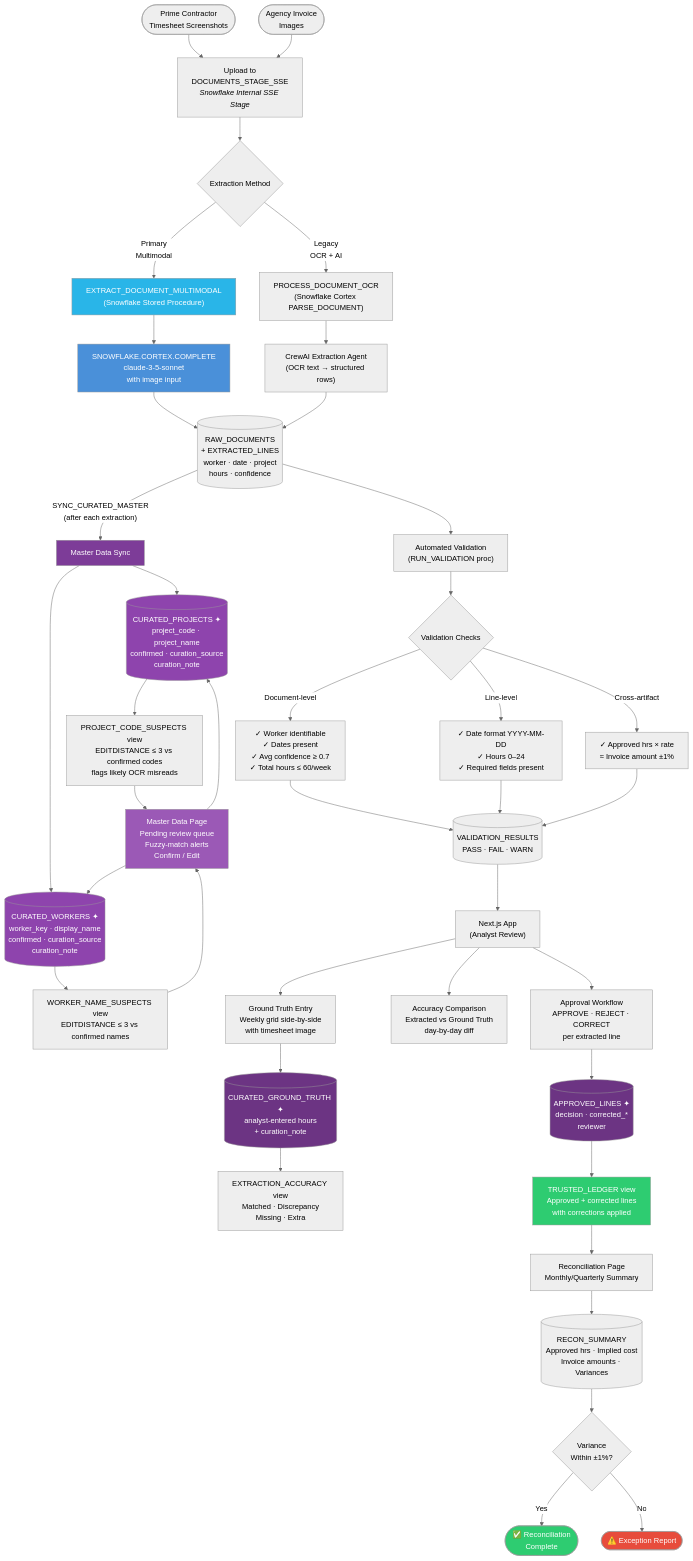
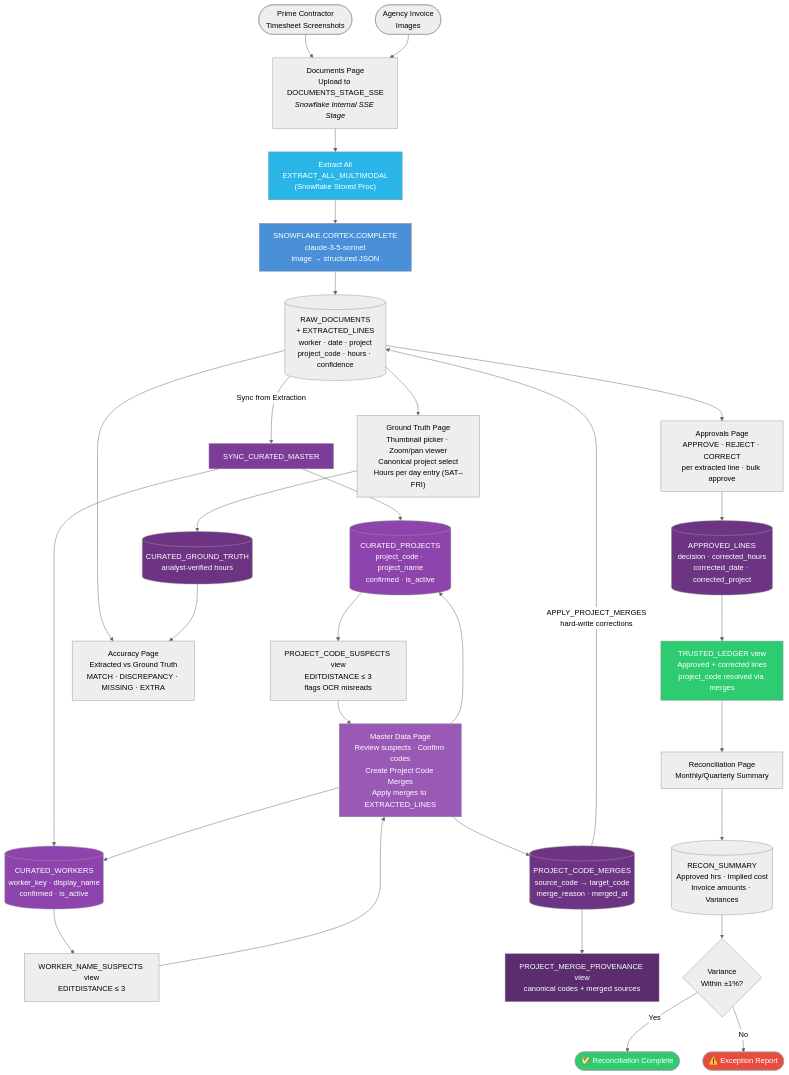
Before and after one commit to jymiller/llama-hack: the diagram in README.md, drawn with Mermaid (neutral theme). The commit also changed other lines of this file, not shown here.

Commit message:
Update README: reflect Next.js frontend and current data flow
- Mermaid diagram: remove separate Extraction node and legacy OCR/CrewAI
  path; add Project Code Merges workflow (suspects → merges → apply),
  PROJECT_MERGE_PROVENANCE view, and updated Ground Truth description
- Tech stack: Streamlit → Next.js 16 + TanStack Query; mark legacy paths
- Analyst Review table: updated all 6 pages to current functionality
  (Documents=upload+extract combined, GT=thumbnail+zoom+canonical select,
  Master Data=4 tabs including Merges+Provenance)
- Project Structure: add frontend/ tree, mark Python files as legacy
- Run commands: Next.js first, Streamlit moved to legacy note

````diff
--- a/README.md
+++ b/README.md
@@ -21,72 +21,66 @@
 ```mermaid
 flowchart TD
     A([Prime Contractor<br>Timesheet Screenshots]) --> C
     B([Agency Invoice<br>Images]) --> C
 
-    C[Upload to<br>DOCUMENTS_STAGE_SSE<br><i>Snowflake Internal SSE Stage</i>]
+    C["Documents Page<br>Upload to DOCUMENTS_STAGE_SSE<br><i>Snowflake Internal SSE Stage</i>"]
 
-    C --> D{Extraction Method}
+    C --> E["Extract All<br>EXTRACT_ALL_MULTIMODAL<br>(Snowflake Stored Proc)"]
 
-    D -->|Primary<br>Multimodal| E["EXTRACT_DOCUMENT_MULTIMODAL<br>(Snowflake Stored Procedure)"]
-    D -->|Legacy<br>OCR + AI| F["PROCESS_DOCUMENT_OCR<br>(Snowflake Cortex PARSE_DOCUMENT)"]
+    E --> G["SNOWFLAKE.CORTEX.COMPLETE<br>claude-3-5-sonnet<br>image → structured JSON"]
 
-    E --> G["SNOWFLAKE.CORTEX.COMPLETE<br>claude-3-5-sonnet<br>with image input"]
-    F --> H["CrewAI Extraction Agent<br>(OCR text → structured rows)"]
+    G --> I[("RAW_DOCUMENTS<br>+ EXTRACTED_LINES<br>worker · date · project<br>project_code · hours · confidence")]
 
-    G --> I[(RAW_DOCUMENTS<br>+ EXTRACTED_LINES<br>worker · date · project<br>hours · confidence)]
-    H --> I
+    %% ── Master Data ────────────────────────────────────────
+    I -->|"Sync from Extraction"| MD["SYNC_CURATED_MASTER"]
 
-    %% ── Master Data (Curated) ──────────────────────────────
-    I -->|"SYNC_CURATED_MASTER<br>(after each extraction)"| MD["Master Data Sync"]
+    MD --> CP[("CURATED_PROJECTS<br>project_code · project_name<br>confirmed · is_active")]
+    MD --> CW[("CURATED_WORKERS<br>worker_key · display_name<br>confirmed · is_active")]
 
-    MD --> CP[("CURATED_PROJECTS ✦<br>project_code · project_name<br>confirmed · curation_source<br>curation_note")]
-    MD --> CW[("CURATED_WORKERS ✦<br>worker_key · display_name<br>confirmed · curation_source<br>curation_note")]
+    CP --> FS["PROJECT_CODE_SUSPECTS view<br>EDITDISTANCE ≤ 3<br>flags OCR misreads"]
+    CW --> WS["WORKER_NAME_SUSPECTS view<br>EDITDISTANCE ≤ 3"]
 
-    CP --> FS["PROJECT_CODE_SUSPECTS view<br>EDITDISTANCE ≤ 3 vs confirmed codes<br>flags likely OCR misreads"]
-    CW --> WS["WORKER_NAME_SUSPECTS view<br>EDITDISTANCE ≤ 3 vs confirmed names"]
-
-    FS --> MDPage["Master Data Page<br>Pending review queue<br>Fuzzy-match alerts<br>Confirm / Edit"]
+    FS --> MDPage["Master Data Page<br>Review suspects · Confirm codes<br>Create Project Code Merges<br>Apply merges to EXTRACTED_LINES"]
     WS --> MDPage
+    MDPage --> PCM[("PROJECT_CODE_MERGES<br>source_code → target_code<br>merge_reason · merged_at")]
+    PCM -->|"APPLY_PROJECT_MERGES<br>hard-write corrections"| I
     MDPage --> CP
     MDPage --> CW
+    PCM --> PROV["PROJECT_MERGE_PROVENANCE view<br>canonical codes + merged sources"]
 
-    %% ── Validation ─────────────────────────────────────────
-    I --> J["Automated Validation<br>(RUN_VALIDATION proc)"]
-    J --> K{Validation Checks}
-    K -->|Document-level| K1["✓ Worker identifiable<br>✓ Dates present<br>✓ Avg confidence ≥ 0.7<br>✓ Total hours ≤ 60/week"]
-    K -->|Line-level| K2["✓ Date format YYYY-MM-DD<br>✓ Hours 0–24<br>✓ Required fields present"]
-    K -->|Cross-artifact| K3["✓ Approved hrs × rate<br>≈ Invoice amount ±1%"]
-    K1 & K2 & K3 --> L[(VALIDATION_RESULTS<br>PASS · FAIL · WARN)]
+    %% ── Ground Truth ───────────────────────────────────────
+    I --> GT["Ground Truth Page<br>Thumbnail picker · Zoom/pan viewer<br>Canonical project select<br>Hours per day entry (SAT–FRI)"]
+    GT --> Q[("CURATED_GROUND_TRUTH<br>analyst-verified hours")]
 
-    %% ── Analyst Review ─────────────────────────────────────
-    L --> M["Next.js App<br>(Analyst Review)"]
+    %% ── Accuracy ───────────────────────────────────────────
+    I --> ACC["Accuracy Page<br>Extracted vs Ground Truth<br>MATCH · DISCREPANCY · MISSING · EXTRA"]
+    Q --> ACC
 
-    M --> N["Ground Truth Entry<br>Weekly grid side-by-side<br>with timesheet image"]
-    M --> O["Accuracy Comparison<br>Extracted vs Ground Truth<br>day-by-day diff"]
-    M --> P["Approval Workflow<br>APPROVE · REJECT · CORRECT<br>per extracted line"]
+    %% ── Approvals ──────────────────────────────────────────
+    I --> APPR["Approvals Page<br>APPROVE · REJECT · CORRECT<br>per extracted line · bulk approve"]
+    APPR --> R[("APPROVED_LINES<br>decision · corrected_hours<br>corrected_date · corrected_project")]
 
-    N --> Q[("CURATED_GROUND_TRUTH ✦<br>analyst-entered hours<br>+ curation_note")]
-    P --> R[("APPROVED_LINES ✦<br>decision · corrected_*<br>reviewer")]
+    R --> T["TRUSTED_LEDGER view<br>Approved + corrected lines<br>project_code resolved via merges"]
 
-    Q --> S["EXTRACTION_ACCURACY view<br>Matched · Discrepancy<br>Missing · Extra"]
-    R --> T["TRUSTED_LEDGER view<br>Approved + corrected lines<br>with corrections applied"]
-
-    T --> U["Reconciliation Page<br>Monthly/Quarterly Summary"]
-    U --> V[(RECON_SUMMARY<br>Approved hrs · Implied cost<br>Invoice amounts · Variances)]
+    %% ── Reconciliation ─────────────────────────────────────
+    T --> RECON["Reconciliation Page<br>Monthly/Quarterly Summary"]
+    RECON --> V[("RECON_SUMMARY<br>Approved hrs · Implied cost<br>Invoice amounts · Variances")]
 
     V --> W{Variance<br>Within ±1%?}
-    W -->|Yes| X([✅ Reconciliation<br>Complete])
+    W -->|Yes| X([✅ Reconciliation Complete])
     W -->|No| Y([⚠️ Exception Report])
 
     style G fill:#4A90D9,color:#fff
     style E fill:#29B5E8,color:#fff
     style T fill:#2ECC71,color:#fff
     style Y fill:#E74C3C,color:#fff
     style X fill:#2ECC71,color:#fff
     style CP fill:#8E44AD,color:#fff
     style CW fill:#8E44AD,color:#fff
     style MD fill:#7D3C98,color:#fff
     style MDPage fill:#9B59B6,color:#fff
+    style PCM fill:#6C3483,color:#fff
+    style PROV fill:#5B2C6F,color:#fff
     style Q fill:#6C3483,color:#fff
     style R fill:#6C3483,color:#fff
 ```
````
